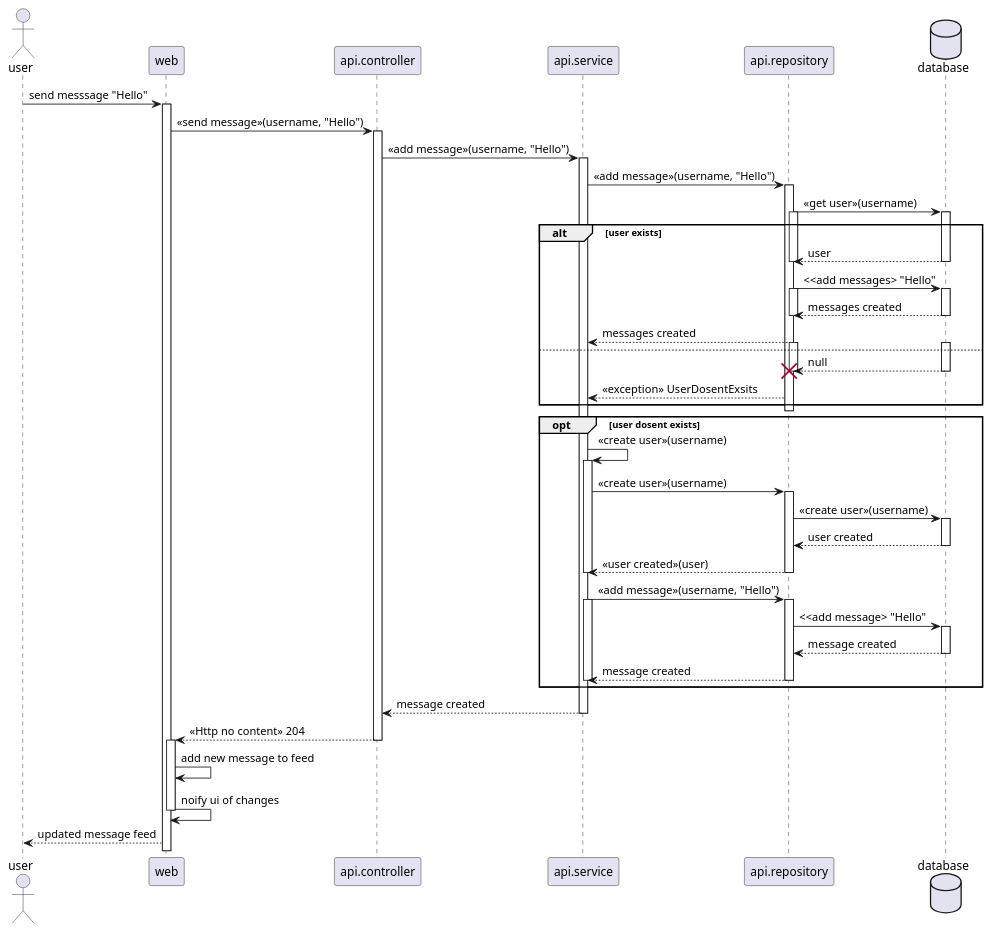
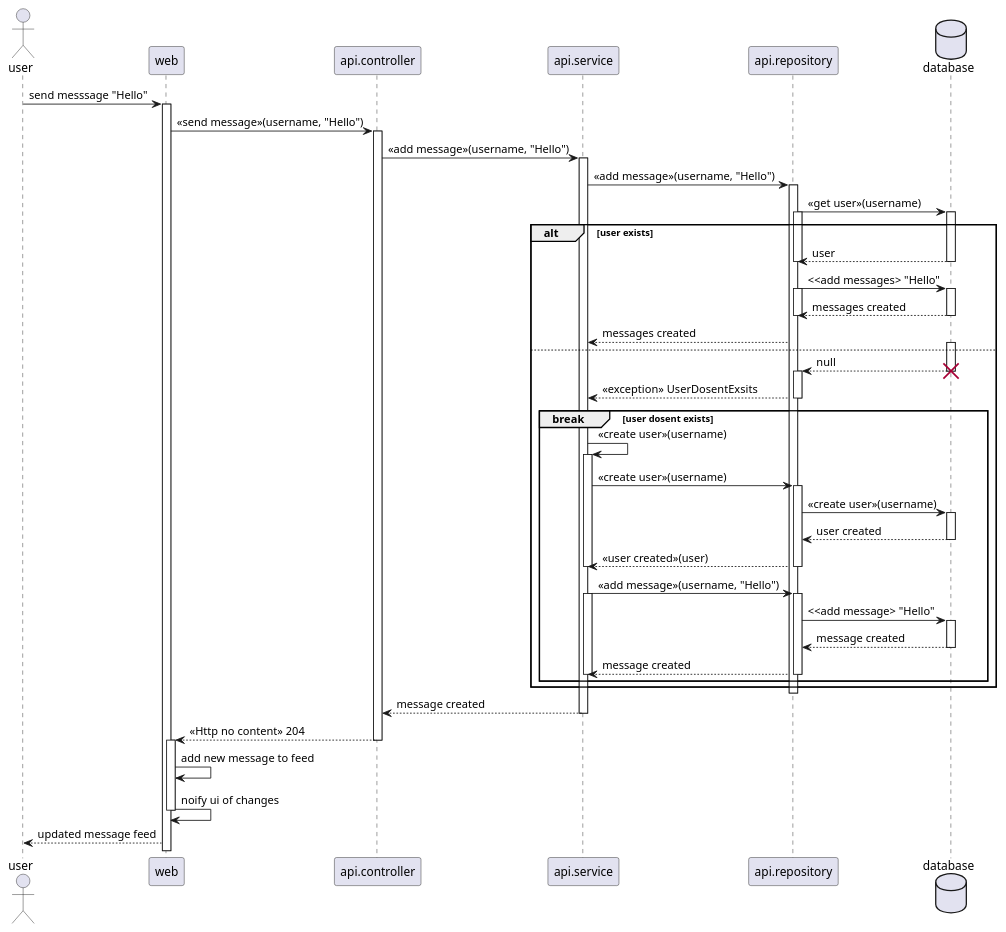
One commit to ITU-DevOps2025-GROUP-A/itu-minitwit changed the diagram in docs/Diagrams/SequenceDigram-user-to-database.wsd. Above: the diagram before and after it, drawn with PlantUML.

Commit message:
updated sequnece diagram...again...

```diff
--- a/docs/Diagrams/SequenceDigram-user-to-database.wsd
+++ b/docs/Diagrams/SequenceDigram-user-to-database.wsd
@@ -1,89 +1,90 @@
 @startuml
 actor user
 participant web
 participant api.controller
 participant api.service
 participant api.repository
 database database
 
 user -> web : send messsage "Hello"
 activate web
 
 web -> api.controller : <<send message>>(username, "Hello")
 activate api.controller
 
 api.controller -> api.service : <<add message>>(username, "Hello")
 activate api.service
 
 api.service -> api.repository : <<add message>>(username, "Hello")
 activate api.repository
 
 api.repository -> database : <<get user>>(username)
     alt user exists
         activate api.repository
         activate database
         api.repository <-- database : user
         deactivate api.repository
         deactivate database
         api.repository -> database : <<add messages> "Hello"
         activate api.repository
         activate database
         api.repository <-- database : messages created
         deactivate database
         deactivate api.repository
         api.service <-- api.repository : messages created
     else 
-        activate api.repository
         activate database
         api.repository <-- database : null
-        destroy api.repository
-        deactivate database
+        destroy database
+        activate api.repository
+        
         api.service <-- api.repository : <<exception>> UserDosentExsits
+        deactivate api.repository
+
+        break user dosent exists
+            api.service -> api.service : <<create user>>(username)
+            activate api.service
+
+            api.service -> api.repository : <<create user>>(username)
+            activate api.repository
+            
+            api.repository -> database : <<create user>>(username)
+            activate database
+            
+            api.repository <-- database : user created
+            deactivate database
+
+            api.service <-- api.repository : <<user created>>(user)
+            deactivate api.service
+            deactivate api.repository
+
+            api.service -> api.repository : <<add message>>(username, "Hello")
+            activate api.service
+            activate api.repository
+
+            api.repository -> database : <<add message> "Hello"
+            activate database
+
+            api.repository <-- database : message created
+            deactivate database
+            
+            api.service <-- api.repository : message created
+            deactivate api.service
+            deactivate api.repository
+        end
     end
 deactivate api.repository
-
-opt user dosent exists
-    api.service -> api.service : <<create user>>(username)
-    activate api.service
-
-    api.service -> api.repository : <<create user>>(username)
-    activate api.repository
-    
-    api.repository -> database : <<create user>>(username)
-    activate database
-    
-    api.repository <-- database : user created
-    deactivate database
-
-    api.service <-- api.repository : <<user created>>(user)
-    deactivate api.service
-    deactivate api.repository
-
-    api.service -> api.repository : <<add message>>(username, "Hello")
-    activate api.service
-    activate api.repository
-
-    api.repository -> database : <<add message> "Hello"
-    activate database
-
-    api.repository <-- database : message created
-    deactivate database
-    
-    api.service <-- api.repository : message created
-    deactivate api.service
-    deactivate api.repository
-end
 
 api.controller <-- api.service : message created
 deactivate api.service
 
 web <-- api.controller : <<Http no content>> 204
 deactivate api.controller
 
 activate web
 web -> web : add new message to feed
 web -> web : noify ui of changes 
 deactivate web
 
 user <-- web : updated message feed
 @enduml
```
